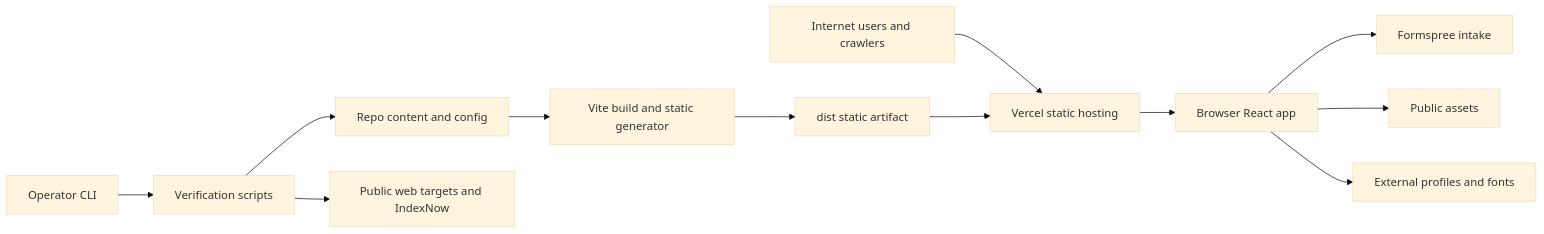
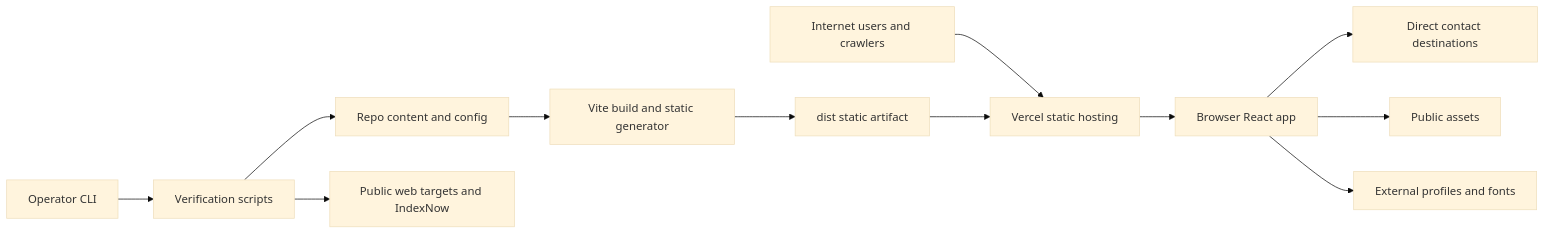
One commit to SulaymanB2024/Portfolio_Site changed the diagram in Portfolio_Site-threat-model.md. Above: the diagram before and after it, drawn with Mermaid (base theme). The commit also changed other lines of this file and 10 other files, not shown here.

First line of the commit message:
portfolio: reconcile direct contact and article reader recovery (#14)

````diff
--- a/Portfolio_Site-threat-model.md
+++ b/Portfolio_Site-threat-model.md
@@ -41,14 +43,14 @@
 ```mermaid
 flowchart LR
   A["Internet users and crawlers"] --> B["Vercel static hosting"]
   B --> C["Browser React app"]
-  C --> D["Formspree intake"]
+  C --> D["Direct contact destinations"]
   C --> E["Public assets"]
   C --> F["External profiles and fonts"]
   G["Repo content and config"] --> H["Vite build and static generator"]
   H --> I["dist static artifact"]
   I --> B
   J["Operator CLI"] --> K["Verification scripts"]
   K --> L["Public web targets and IndexNow"]
   K --> G
 ```
````
